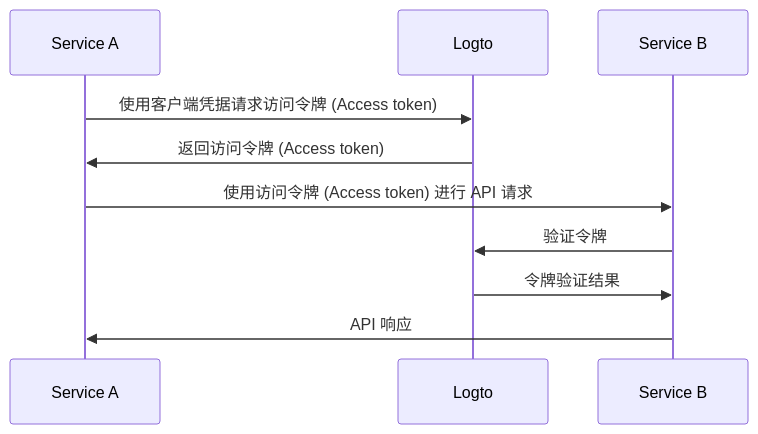
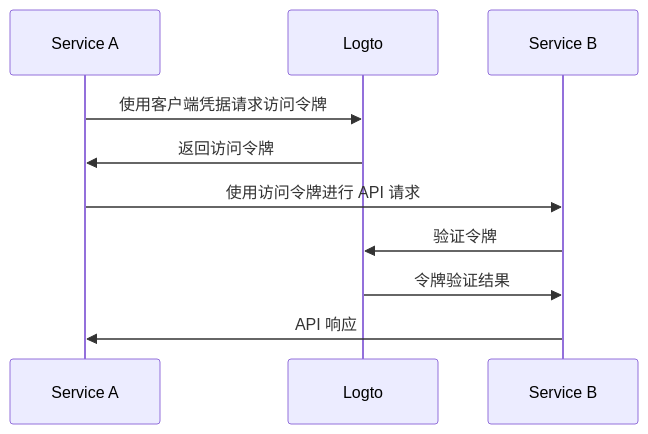
One commit to logto-io/docs changed the second of 2 diagrams in i18n/zh-CN/docusaurus-plugin-content-docs/current/integrate-logto/integrate-logto-into-your-application/understand-authentication-flow.mdx. Above: the diagram before and after it, drawn with Mermaid. The commit also changed other lines of this file and 234 other files, not shown here.

````diff
--- a/i18n/zh-CN/docusaurus-plugin-content-docs/current/integrate-logto/integrate-logto-into-your-application/understand-authentication-flow.mdx
+++ b/i18n/zh-CN/docusaurus-plugin-content-docs/current/integrate-logto/integrate-logto-into-your-application/understand-authentication-flow.mdx
@@ -37,13 +37,13 @@
 ```mermaid
 sequenceDiagram
     participant Service A
     participant Logto
     participant Service B
 
-    Service A->>Logto: 使用客户端凭据请求访问令牌 (Access token)
-    Logto->>Service A: 返回访问令牌 (Access token)
-    Service A->>Service B: 使用访问令牌 (Access token) 进行 API 请求
+    Service A->>Logto: 使用客户端凭据请求访问令牌
+    Logto->>Service A: 返回访问令牌
+    Service A->>Service B: 使用访问令牌进行 API 请求
     Service B->>Logto: 验证令牌
     Logto->>Service B: 令牌验证结果
     Service B->>Service A: API 响应
 ```
````
